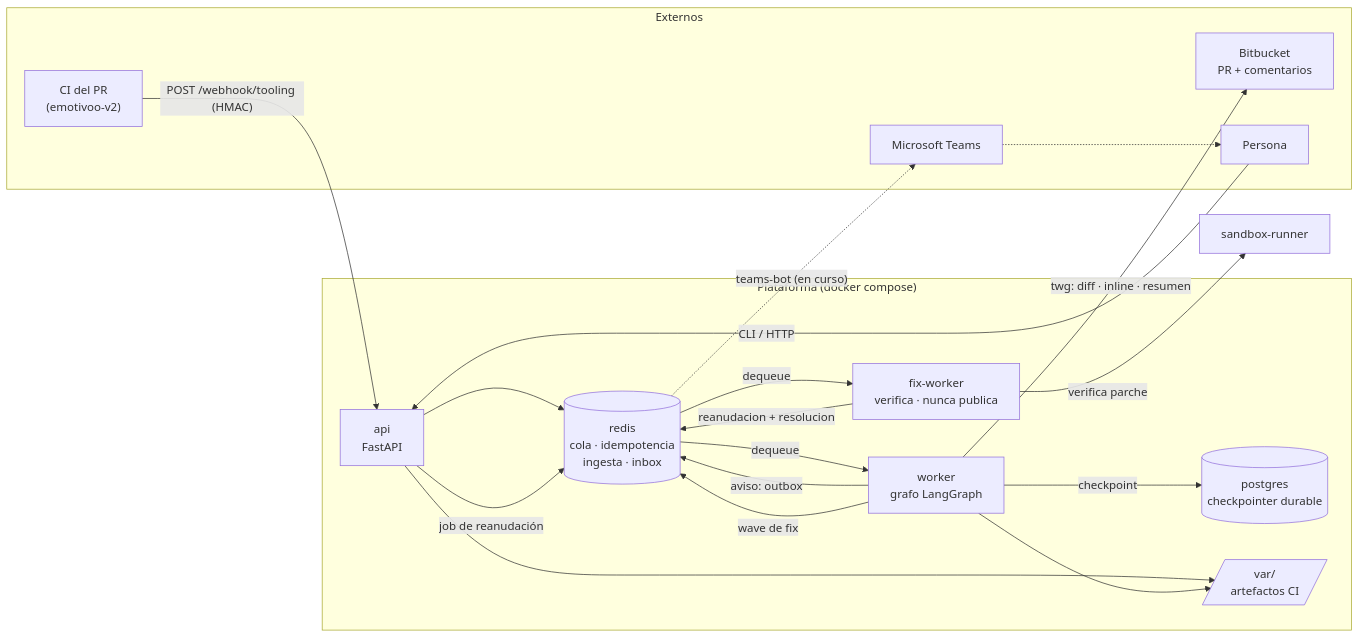
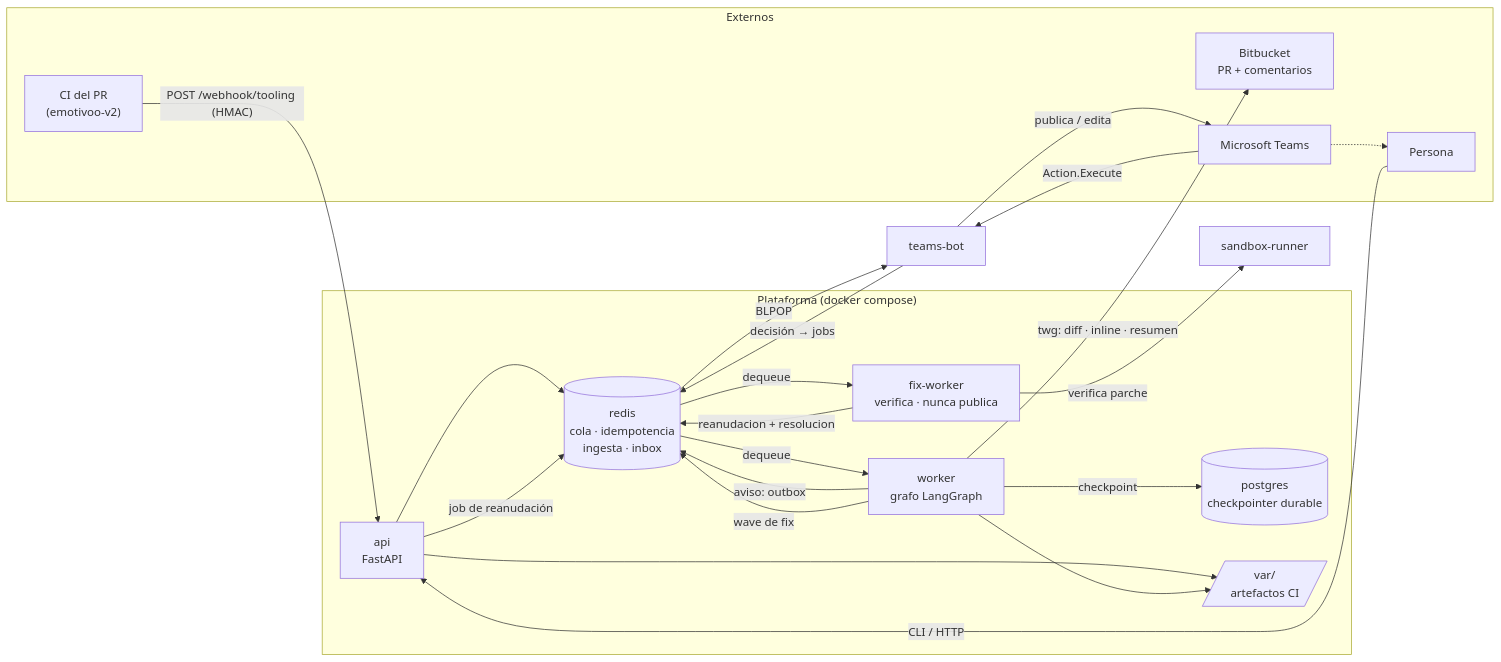
Before and after one commit to pcgarat/agent-review-langgraph: the first of 2 diagrams in README.md, drawn with Mermaid. The commit also changed other lines of this file and 16 other files, not shown here.

````diff
--- a/README.md
+++ b/README.md
@@ -25,35 +25,38 @@
 ```mermaid
 flowchart LR
     subgraph EXT["Externos"]
         CI["CI del PR<br/>(emotivoo-v2)"]
         BB["Bitbucket<br/>PR + comentarios"]
         TEAMS["Microsoft Teams"]
         HUMAN["Persona"]
     end
 
     subgraph PLAT["Plataforma (docker compose)"]
         API["api<br/>FastAPI"]
         WORKER["worker<br/>grafo LangGraph"]
         FIXW["fix-worker<br/>verifica · nunca publica"]
         REDIS[("redis<br/>cola · idempotencia<br/>ingesta · inbox")]
         PG[("postgres<br/>checkpointer durable")]
         VAR[/"var/<br/>artefactos CI"/]
     end
 
     CI -->|"POST /webhook/tooling (HMAC)"| API
     API --> VAR
     API --> REDIS
     REDIS -->|dequeue| WORKER
     WORKER --> VAR
     WORKER -->|checkpoint| PG
     WORKER -->|"twg: diff · inline · resumen"| BB
     WORKER -->|"aviso: outbox"| REDIS
-    REDIS -.->|"teams-bot (en curso)"| TEAMS
+    REDIS -->|BLPOP| BOT["teams-bot"]
+    BOT -->|"publica / edita"| TEAMS
+    TEAMS -->|"Action.Execute"| BOT
+    BOT -->|"decisión → jobs"| REDIS
     WORKER -->|"wave de fix"| REDIS
     REDIS -->|dequeue| FIXW
     FIXW -->|verifica parche| RUNNER["sandbox-runner"]
     FIXW -->|"reanudacion + resolucion"| REDIS
     HUMAN -->|"CLI / HTTP"| API
     API -->|"job de reanudación"| REDIS
     TEAMS -.-> HUMAN
 ```
````
